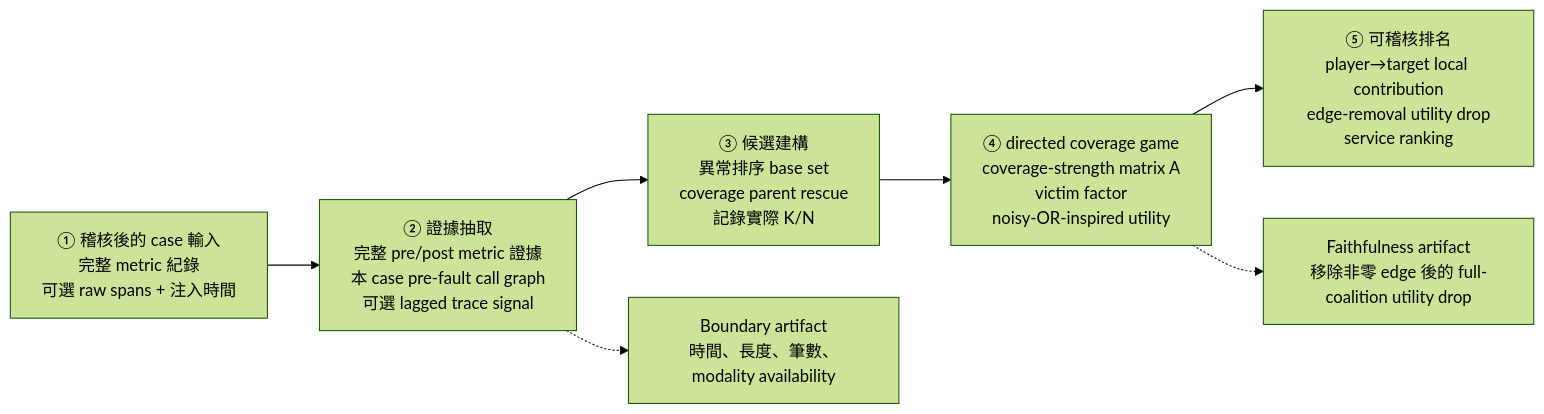
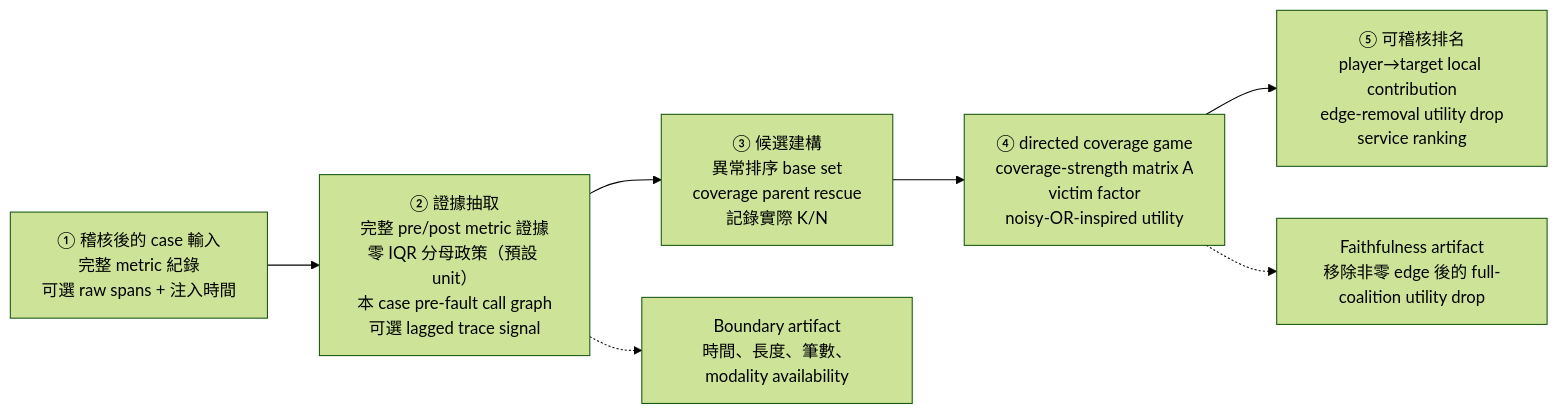
The diagram in docs/figures/merit-flow.md (mizulun/RCAEeval), drawn with Mermaid (forest theme) before and after one commit. The commit also changed other lines of this file and 8 other files, not shown here.

First line of the commit message:
feat: add explicit zero-IQR metric scoring policies

````diff
--- a/docs/figures/merit-flow.md
+++ b/docs/figures/merit-flow.md
@@ -5,14 +5,14 @@
 ```mermaid
 flowchart LR
     IN["① 稽核後的 case 輸入<br/>完整 metric 紀錄<br/>可選 raw spans + 注入時間"]
-    EV["② 證據抽取<br/>完整 pre/post metric 證據<br/>本 case pre-fault call graph<br/>可選 lagged trace signal"]
+    EV["② 證據抽取<br/>完整 pre/post metric 證據<br/>零 IQR 分母政策（預設 unit）<br/>本 case pre-fault call graph<br/>可選 lagged trace signal"]
     CAN["③ 候選建構<br/>異常排序 base set<br/>coverage parent rescue<br/>記錄實際 K/N"]
     GAME["④ directed coverage game<br/>coverage-strength matrix A<br/>victim factor<br/>noisy-OR-inspired utility"]
     OUT["⑤ 可稽核排名<br/>player→target local contribution<br/>edge-removal utility drop<br/>service ranking"]
     BOUND["Boundary artifact<br/>時間、長度、筆數、modality availability"]
     FAITH["Faithfulness artifact<br/>移除非零 edge 後的 full-coalition utility drop"]
 
     IN --> EV --> CAN --> GAME --> OUT
     EV -.-> BOUND
     GAME -.-> FAITH
 ```
````
